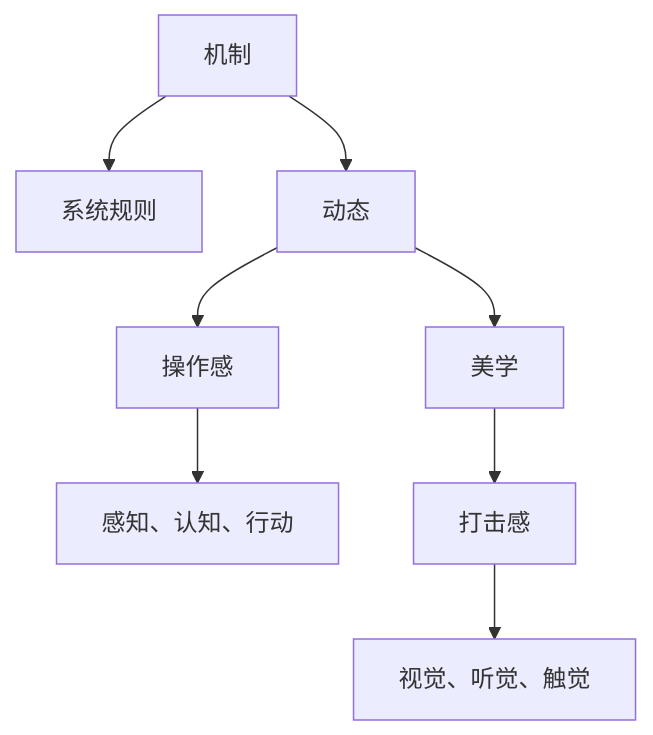
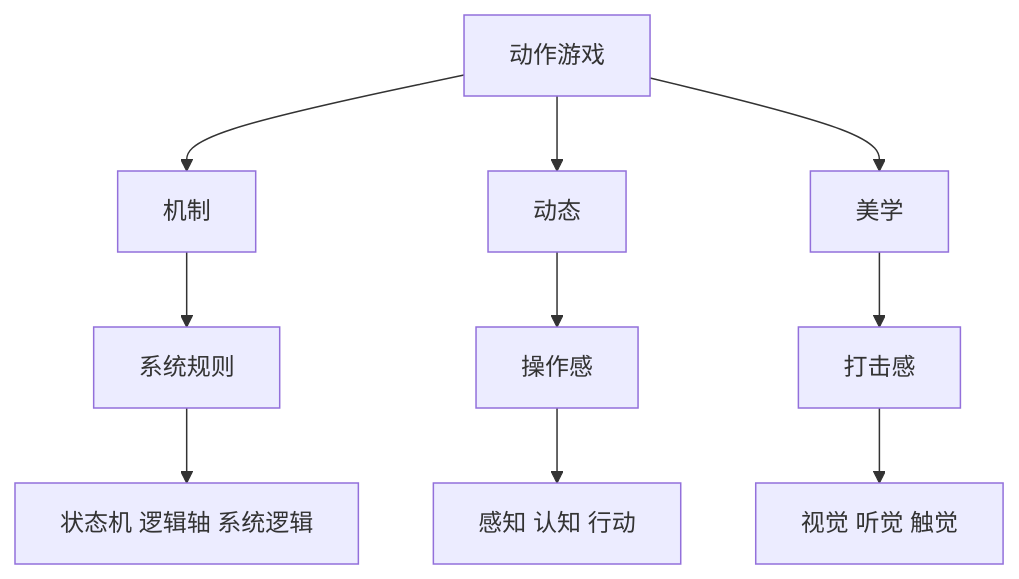
Before and after one commit to jskyzero/design.jskyzero.com: the diagram in _posts/游戏开发/2022-03-07-ActionReference.md, drawn with Mermaid. The commit also changed other lines of this file and 1 other file, not shown here.

```diff
--- a/_posts/游戏开发/2022-03-07-ActionReference.md
+++ b/_posts/游戏开发/2022-03-07-ActionReference.md
@@ -26,13 +28,16 @@
 {% mermaid %}
 graph TD
-    M[机制]
+    R[动作游戏]
+    R --> M[机制]
+    R --> D[动态]
+    R --> A[美学]
+
     M --> M0[系统规则]
-    D[动态]
+    M0 --> M1[状态机 逻辑轴 系统逻辑]
+
     D --> D0[操作感]
-    D0 --> D1[感知、认知、行动]
-    A[美学]
+    D0 --> D1[感知 认知 行动]
+
     A --> A0[打击感]
-    A0 --> A2[视觉、听觉、触觉]
-    M --> D
-    D --> A
+    A0 --> A2[视觉 听觉 触觉]
 {% endmermaid %}
```
